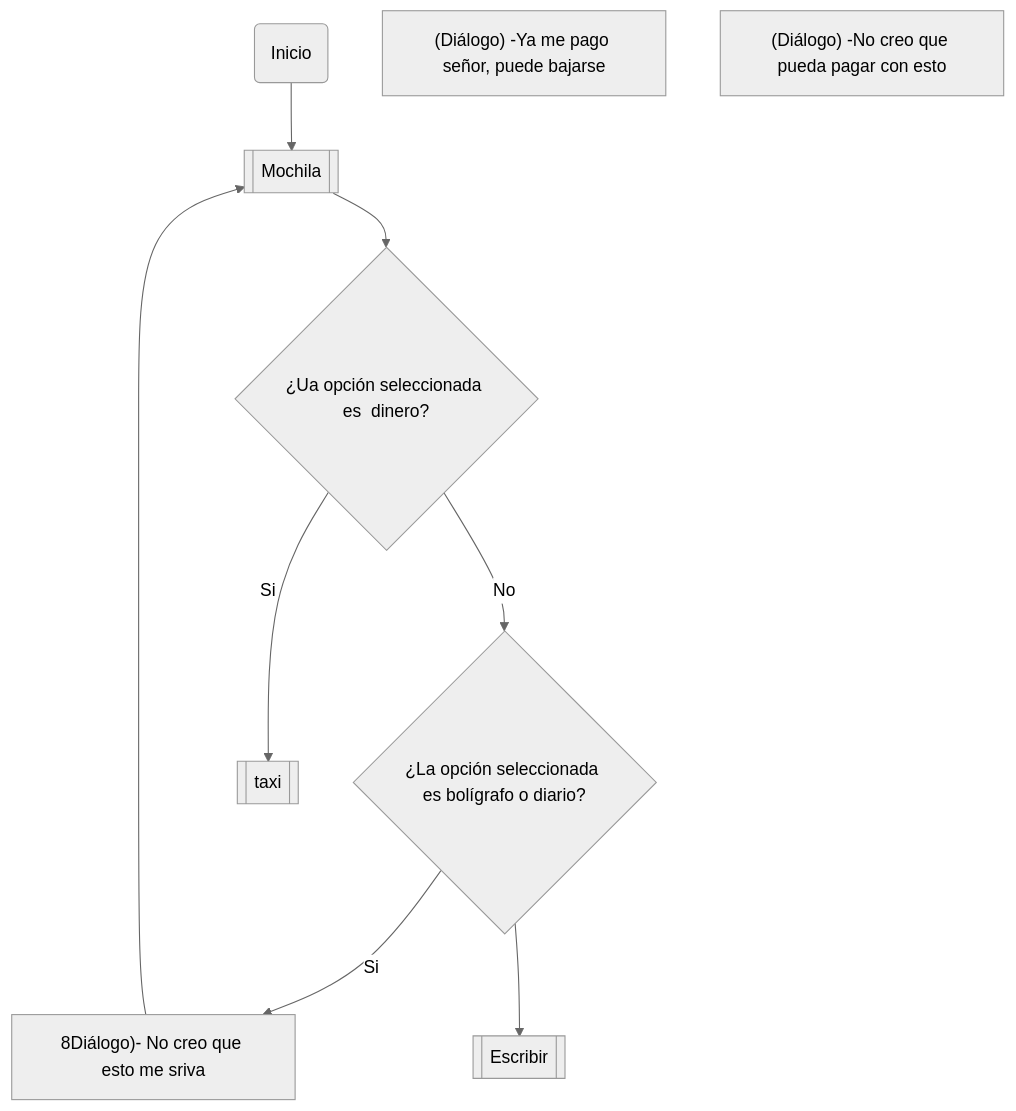
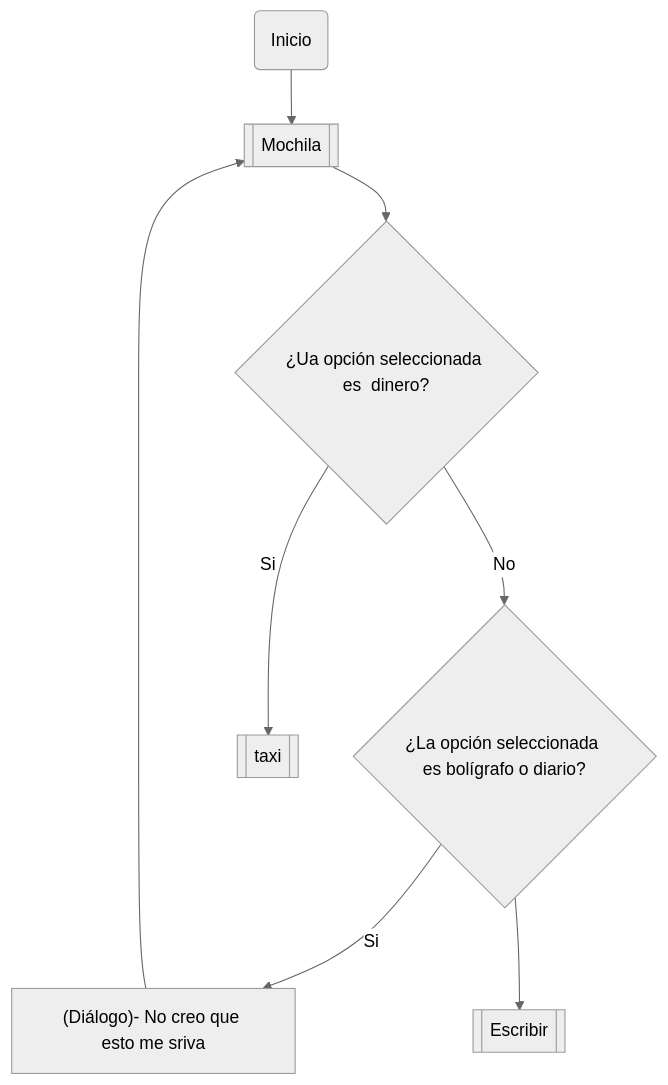
The sixth of 9 diagrams in README.md (JuanJoToAl/Juego---Los_vivos_mienten), drawn with Mermaid (neutral theme) before and after one commit.

````diff
--- a/README.md
+++ b/README.md
@@ -74,16 +74,12 @@
 ```mermaid
 
 flowchart TD
     n2("Inicio") --> n12[["Mochila"]]
     n3{"¿Ua opción seleccionada es&nbsp; dinero?"} -- No --> n4{"¿La opción seleccionada es bolígrafo o diario?"}
     n12 --> n3
     n3 -- Si --> n8[["taxi"]]
-    n4 -- Si --> n13["8Diálogo)- No creo que esto me sriva"]
+    n4 -- Si --> n13["(Diálogo)- No creo que esto me sriva"]
     n13 --> n12
     n4 --> n14[["Escribir"]]
-      n10["(Diálogo) -Ya me pago señor, puede bajarse"]
-      n7["(Diálogo) -No creo que pueda pagar con esto"]
-
-
 
 ```
````
